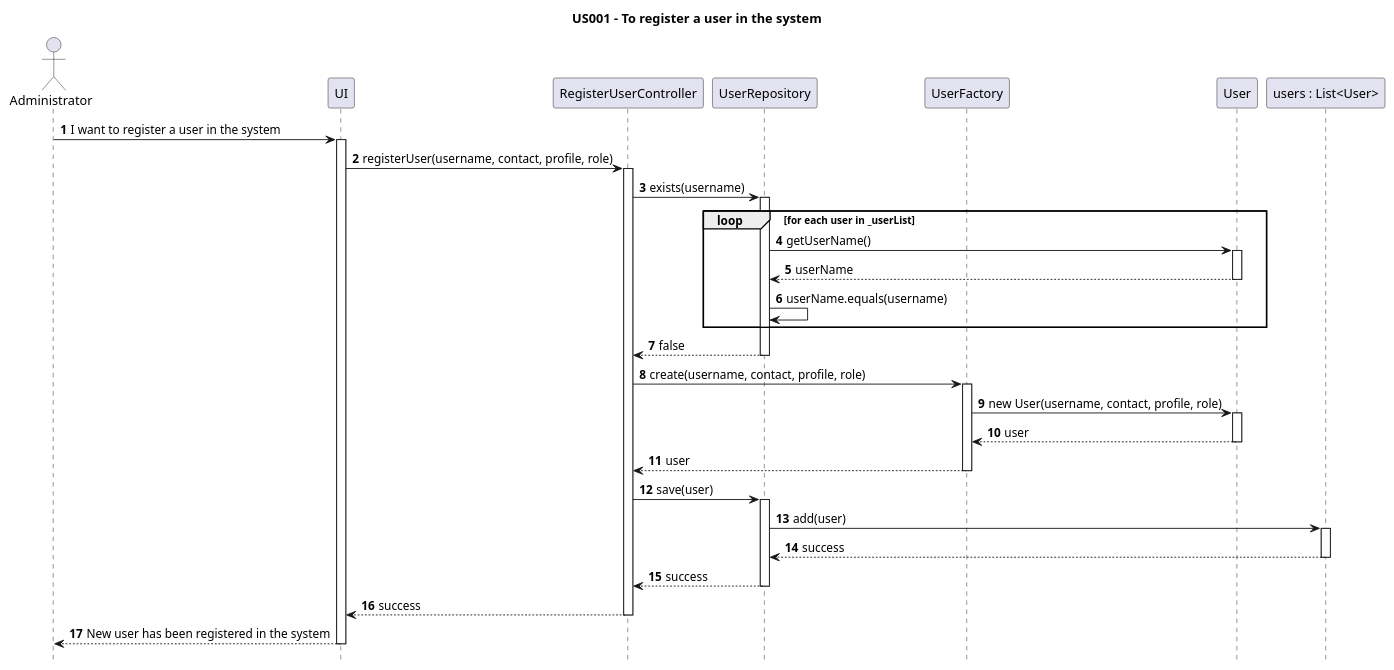
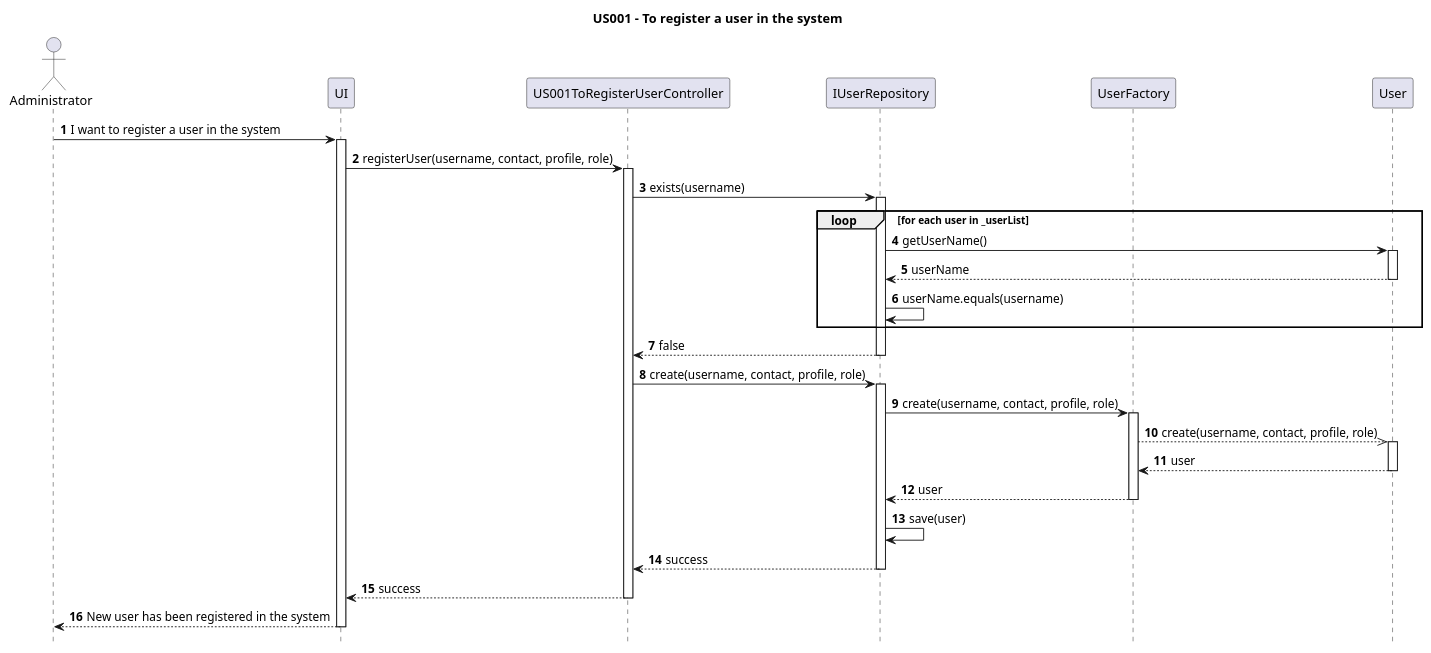
The diagram in Diagrams/SequenceDiagrams/N2/US001-to-register-a-user.puml (AndrePereiraGitH/SWitCH-Project-Team_A), drawn with PlantUML before and after one commit. The commit also changed 6 other files, not shown here.

Commit message:
fix #568, align controller, repository and tests with feedback

```diff
--- a/Diagrams/SequenceDiagrams/N2/US001-to-register-a-user.puml
+++ b/Diagrams/SequenceDiagrams/N2/US001-to-register-a-user.puml
@@ -1,64 +1,60 @@
 @startuml
 
 hide footbox
 autonumber
 
 title US001 - To register a user in the system
 
 actor Administrator
 participant UI
-participant "RegisterUserController" as Controller
-participant "UserRepository" as Repository
+participant "US001ToRegisterUserController" as Controller
+participant "IUserRepository" as Repository
 participant "UserFactory" as Factory
 participant "User" as User
-participant "users : List<User>" as UserList
 
 Administrator -> UI : I want to register a user in the system
 activate UI
 
 UI -> Controller : registerUser(username, contact, profile, role)
 activate Controller
 
 Controller -> Repository : exists(username)
 activate Repository
 
 loop for each user in _userList
     Repository -> User : getUserName()
     activate User
     User --> Repository : userName
     deactivate User
     Repository -> Repository : userName.equals(username)
 end
 
 Repository --> Controller : false
 deactivate Repository
 
-Controller -> Factory : create(username, contact, profile, role)
+Controller -> Repository : create(username, contact, profile, role)
+activate Repository
+
+Repository -> Factory : create(username, contact, profile, role)
 activate Factory
 
-Factory -> User : new User(username, contact, profile, role)
+Factory -->> User : create(username, contact, profile, role)
 activate User
 User --> Factory : user
 deactivate User
 
-Factory --> Controller : user
+Factory --> Repository : user
 deactivate Factory
 
-Controller -> Repository : save(user)
-activate Repository
-
-Repository -> UserList : add(user)
-activate UserList
-UserList --> Repository : success
-deactivate UserList
+Repository -> Repository : save(user)
 
 Repository --> Controller : success
 deactivate Repository
 
 Controller --> UI : success
 deactivate Controller
 
 UI --> Administrator : New user has been registered in the system
 deactivate UI
 
 @enduml
```
